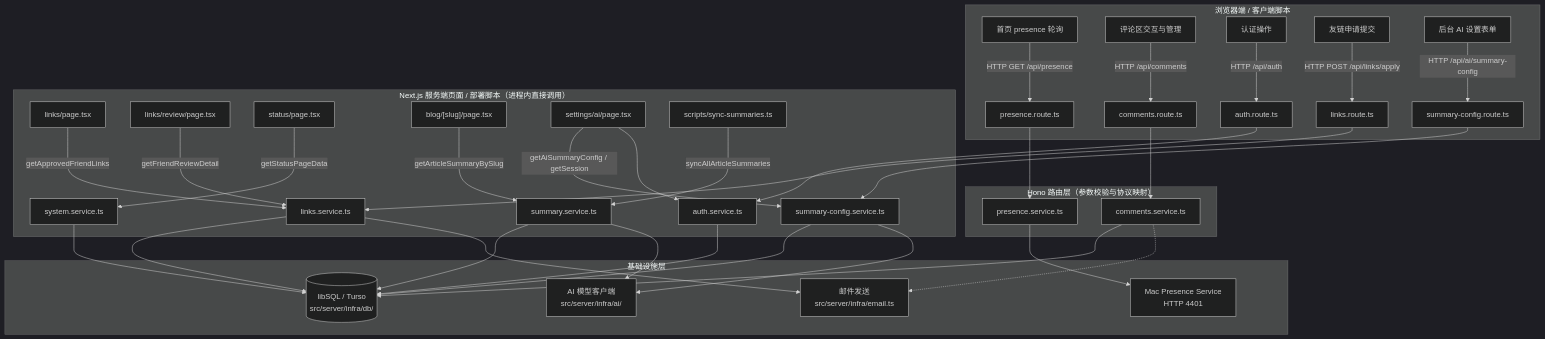
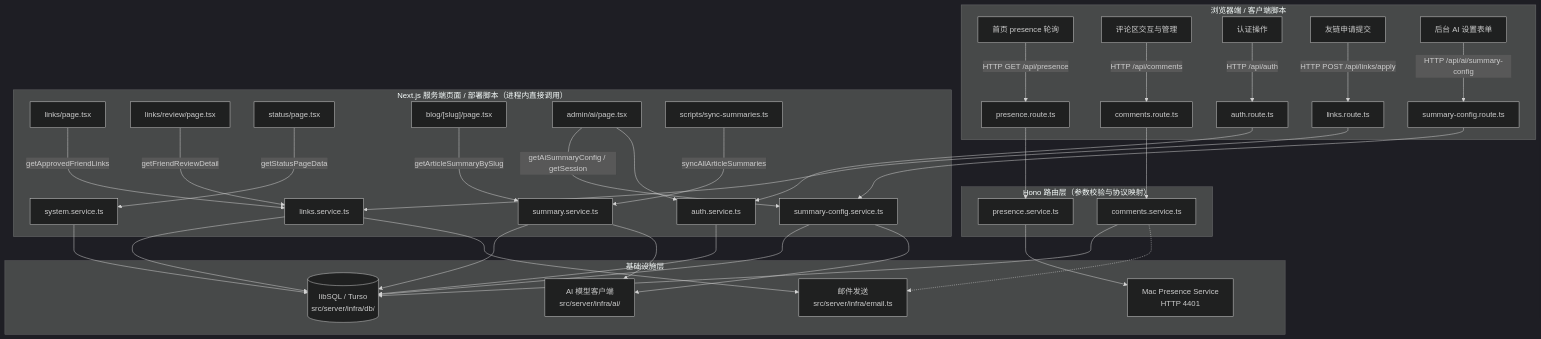
One commit to xidongdong-153/blog changed the diagram in .trellis/spec/backend/service-call-guidelines.md. Above: the diagram before and after it, drawn with Mermaid. The commit also changed other lines of this file and 6 other files, not shown here.

````diff
--- a/.trellis/spec/backend/service-call-guidelines.md
+++ b/.trellis/spec/backend/service-call-guidelines.md
@@ -7,43 +7,43 @@
 ```mermaid
 %%{init: {"theme": "dark"}}%%
 flowchart TD
   subgraph BROWSER["浏览器端 / 客户端脚本"]
     C_PRES["首页 presence 轮询"] -->|HTTP GET /api/presence| H_PRES["presence.route.ts"]
     C_COMM["评论区交互与管理"] -->|HTTP /api/comments| H_COMM["comments.route.ts"]
     C_AUTH["认证操作"] -->|HTTP /api/auth| H_AUTH["auth.route.ts"]
     C_LINK["友链申请提交"] -->|HTTP POST /api/links/apply| H_LINK["links.route.ts"]
     C_AI["后台 AI 设置表单"] -->|HTTP /api/ai/summary-config| H_AI["summary-config.route.ts"]
   end
 
   subgraph NEXT_SERVER["Next.js 服务端页面 / 部署脚本（进程内直接调用）"]
     P_LINK["links/page.tsx"] -->|getApprovedFriendLinks| S_LINK["links.service.ts"]
     P_REV["links/review/page.tsx"] -->|getFriendReviewDetail| S_LINK
     P_STAT["status/page.tsx"] -->|getStatusPageData| S_SYS["system.service.ts"]
     P_BLOG["blog/[slug]/page.tsx"] -->|getArticleSummaryBySlug| S_AI["summary.service.ts"]
-    P_SET["settings/ai/page.tsx"] -->|getAiSummaryConfig / getSession| S_CONF["summary-config.service.ts"]
+    P_SET["admin/ai/page.tsx"] -->|getAiSummaryConfig / getSession| S_CONF["summary-config.service.ts"]
     P_SET --> S_AUTH["auth.service.ts"]
     SCR_AI["scripts/sync-summaries.ts"] -->|syncAllArticleSummaries| S_AI
   end
 
   subgraph HONO_ROUTES["Hono 路由层（参数校验与协议映射）"]
     H_PRES --> S_PRES["presence.service.ts"]
     H_COMM --> S_COMM["comments.service.ts"]
     H_AUTH --> S_AUTH
     H_LINK --> S_LINK
     H_AI --> S_CONF
   end
 
   subgraph INFRA["基础设施层"]
     S_LINK --> DB[("libSQL / Turso<br/>src/server/infra/db/")]
     S_COMM --> DB
     S_AUTH --> DB
     S_CONF --> DB
     S_AI --> DB
     S_SYS --> DB
     S_PRES --> EXT_PRES["Mac Presence Service<br/>HTTP 4401"]
     S_LINK --> INFRA_MAIL["邮件发送<br/>src/server/infra/email.ts"]
     S_COMM -.-> INFRA_MAIL
     S_AI --> INFRA_AI["AI 模型客户端<br/>src/server/infra/ai/"]
     S_CONF --> INFRA_AI
   end
 ```
````
